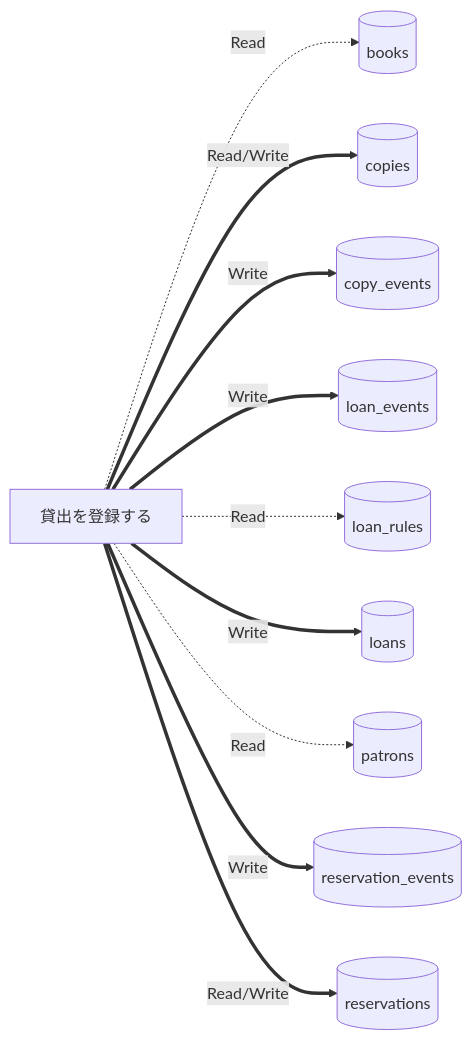
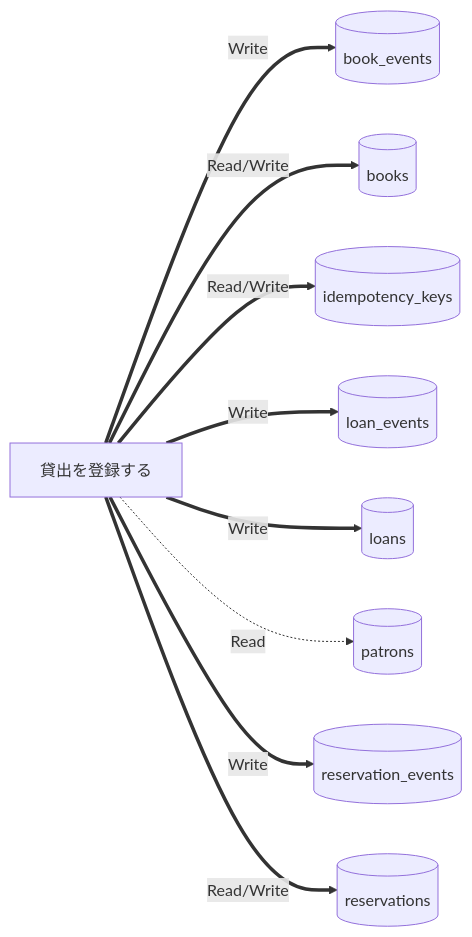
The diagram in samples/distillery2/library-loan/docs/as-built/_system/data-flow.md (suwa-sh/suwa-sh-claude-plugins), drawn with Mermaid before and after one commit. The commit also changed other lines of this file and 249 other files, not shown here.

````diff
--- a/samples/distillery2/library-loan/docs/as-built/_system/data-flow.md
+++ b/samples/distillery2/library-loan/docs/as-built/_system/data-flow.md
@@ -17,22 +16,20 @@
 ```mermaid
 flowchart LR
-    n9[貸出を登録する]
-    n0[(books)]
-    n1[(copies)]
-    n2[(copy_events)]
+    n8[貸出を登録する]
+    n0[(book_events)]
+    n1[(books)]
+    n2[(idempotency_keys)]
     n3[(loan_events)]
-    n4[(loan_rules)]
-    n5[(loans)]
-    n6[(patrons)]
-    n7[(reservation_events)]
-    n8[(reservations)]
-    n9 -. Read .-> n0
-    n9 == Read/Write ==> n1
-    n9 == Write ==> n2
-    n9 == Write ==> n3
-    n9 -. Read .-> n4
-    n9 == Write ==> n5
-    n9 -. Read .-> n6
-    n9 == Write ==> n7
-    n9 == Read/Write ==> n8
+    n4[(loans)]
+    n5[(patrons)]
+    n6[(reservation_events)]
+    n7[(reservations)]
+    n8 == Write ==> n0
+    n8 == Read/Write ==> n1
+    n8 == Read/Write ==> n2
+    n8 == Write ==> n3
+    n8 == Write ==> n4
+    n8 -. Read .-> n5
+    n8 == Write ==> n6
+    n8 == Read/Write ==> n7
 ```
````
